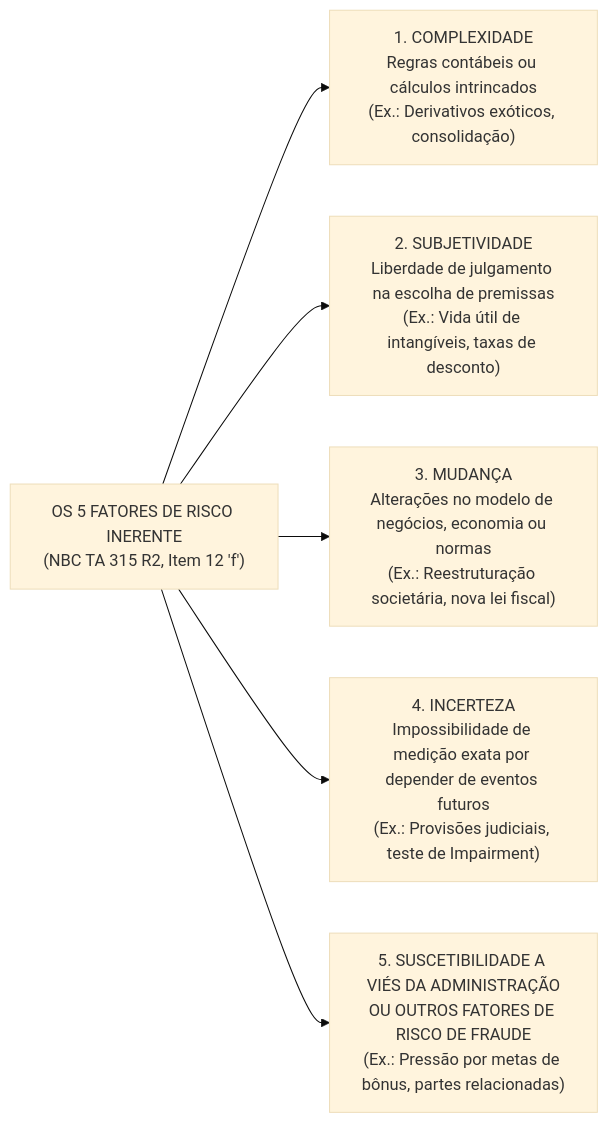
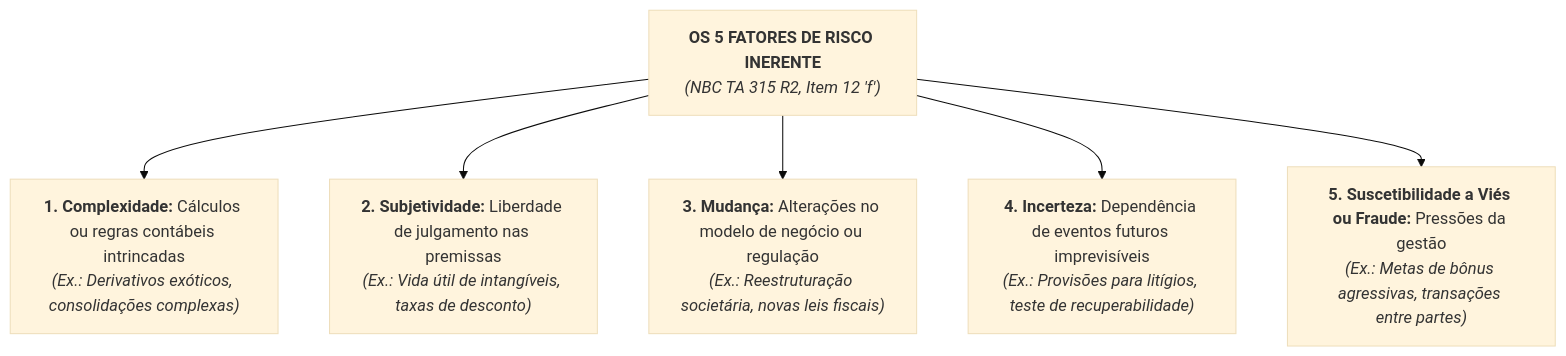
Before and after one commit to gilsonnogueira/OpenConcursos: the second of 6 diagrams in docs/19-auditoria/03-ciclo-operacional-auditoria-independente/02-avaliacao-de-riscos-e-controle-interno-nbc-ta-315-265.md, drawn with Mermaid (base theme). The commit also changed 17 other files, not shown here.

Commit message:
style(diagrams): verticaliza todos os diagramas Mermaid para legibilidade em painel vertical

````diff
--- a/docs/19-auditoria/03-ciclo-operacional-auditoria-independente/02-avaliacao-de-riscos-e-controle-interno-nbc-ta-315-265.md
+++ b/docs/19-auditoria/03-ciclo-operacional-auditoria-independente/02-avaliacao-de-riscos-e-controle-interno-nbc-ta-315-265.md
@@ -78,10 +78,10 @@
 ```mermaid
-flowchart LR
-    FRI["OS 5 FATORES DE RISCO INERENTE<br/>(NBC TA 315 R2, Item 12 'f')"]
+flowchart TD
+    FRI["<b>OS 5 FATORES DE RISCO INERENTE</b><br/><i>(NBC TA 315 R2, Item 12 'f')</i>"]
     
-    FRI --> F1["1. COMPLEXIDADE<br/>Regras contábeis ou cálculos intrincados<br/>(Ex.: Derivativos exóticos, consolidação)"]
-    FRI --> F2["2. SUBJETIVIDADE<br/>Liberdade de julgamento na escolha de premissas<br/>(Ex.: Vida útil de intangíveis, taxas de desconto)"]
-    FRI --> F3["3. MUDANÇA<br/>Alterações no modelo de negócios, economia ou normas<br/>(Ex.: Reestruturação societária, nova lei fiscal)"]
-    FRI --> F4["4. INCERTEZA<br/>Impossibilidade de medição exata por depender de eventos futuros<br/>(Ex.: Provisões judiciais, teste de Impairment)"]
-    FRI --> F5["5. SUSCETIBILIDADE A VIÉS DA ADMINISTRAÇÃO<br/>OU OUTROS FATORES DE RISCO DE FRAUDE<br/>(Ex.: Pressão por metas de bônus, partes relacionadas)"]
+    FRI --> F1["<b>1. Complexidade:</b> Cálculos ou regras contábeis intrincadas<br/><i>(Ex.: Derivativos exóticos, consolidações complexas)</i>"]
+    FRI --> F2["<b>2. Subjetividade:</b> Liberdade de julgamento nas premissas<br/><i>(Ex.: Vida útil de intangíveis, taxas de desconto)</i>"]
+    FRI --> F3["<b>3. Mudança:</b> Alterações no modelo de negócio ou regulação<br/><i>(Ex.: Reestruturação societária, novas leis fiscais)</i>"]
+    FRI --> F4["<b>4. Incerteza:</b> Dependência de eventos futuros imprevisíveis<br/><i>(Ex.: Provisões para litígios, teste de recuperabilidade)</i>"]
+    FRI --> F5["<b>5. Suscetibilidade a Viés ou Fraude:</b> Pressões da gestão<br/><i>(Ex.: Metas de bônus agressivas, transações entre partes)</i>"]
 ```
````
